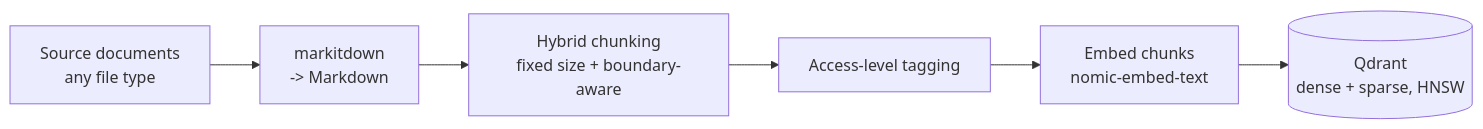
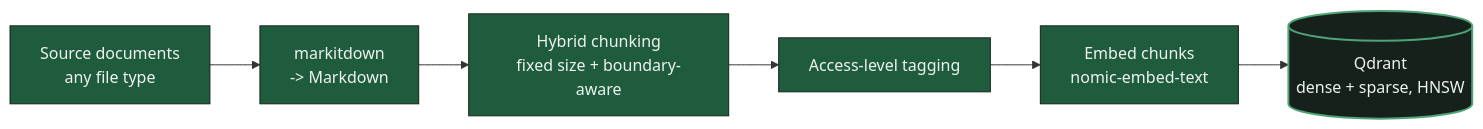
The first of 2 diagrams in README.md (SumukhaK/agentic-rag), drawn with Mermaid before and after one commit. The commit also changed other lines of this file, not shown here.

First line of the commit message:
docs(repo): color the architecture diagrams to match the walkthrough palette (#63)

````diff
--- a/README.md
+++ b/README.md
@@ -34,8 +34,11 @@
 ```mermaid
 flowchart LR
-    DOC[Source documents\nany file type] --> MD[markitdown\n-> Markdown]
-    MD --> CHUNK[Hybrid chunking\nfixed size + boundary-aware]
-    CHUNK --> TAG[Access-level tagging]
-    TAG --> EMB[Embed chunks\nnomic-embed-text]
-    EMB --> QDRANT[(Qdrant\ndense + sparse, HNSW)]
+    DOC[Source documents\nany file type]:::process --> MD[markitdown\n-> Markdown]:::process
+    MD --> CHUNK[Hybrid chunking\nfixed size + boundary-aware]:::process
+    CHUNK --> TAG[Access-level tagging]:::process
+    TAG --> EMB[Embed chunks\nnomic-embed-text]:::process
+    EMB --> QDRANT[(Qdrant\ndense + sparse, HNSW)]:::store
+
+    classDef process fill:#1f5c3e,stroke:#16221b,stroke-width:1px,color:#eef3ee
+    classDef store fill:#16211b,stroke:#4fa377,stroke-width:2px,color:#eef3ee
 ```
````
